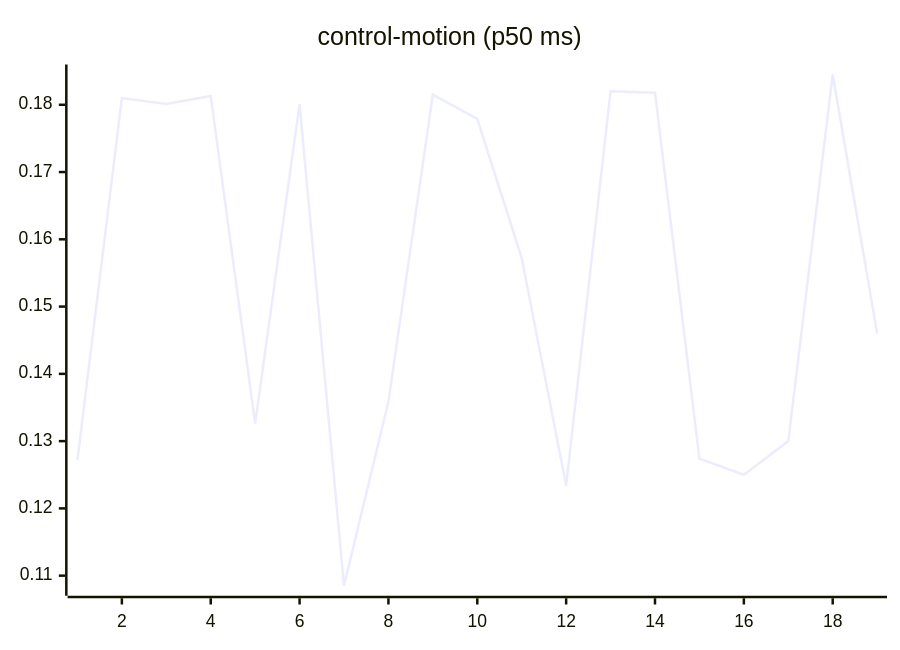
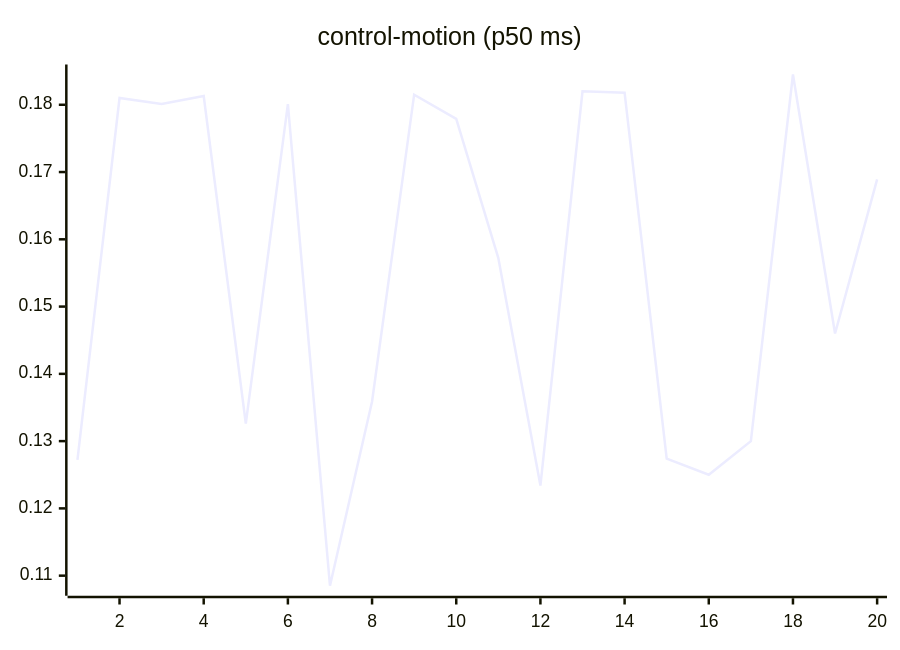
One commit to josha/Facet changed the seventh of 27 diagrams in README.md. Above: the diagram before and after it, drawn with Mermaid. The commit also changed other lines of this file and 2 other files, not shown here.

````diff
--- a/README.md
+++ b/README.md
@@ -105,6 +105,6 @@
 ```mermaid
 xychart-beta
     title "control-motion (p50 ms)"
-    x-axis 1 --> 19
-    line [0.1272, 0.1810, 0.1801, 0.1813, 0.1326, 0.1801, 0.1085, 0.1359, 0.1815, 0.1779, 0.1572, 0.1234, 0.1820, 0.1818, 0.1274, 0.1250, 0.1300, 0.1845, 0.1460]
+    x-axis 1 --> 20
+    line [0.1272, 0.1810, 0.1801, 0.1813, 0.1326, 0.1801, 0.1085, 0.1359, 0.1815, 0.1779, 0.1572, 0.1234, 0.1820, 0.1818, 0.1274, 0.1250, 0.1300, 0.1845, 0.1460, 0.1689]
 ```
````
